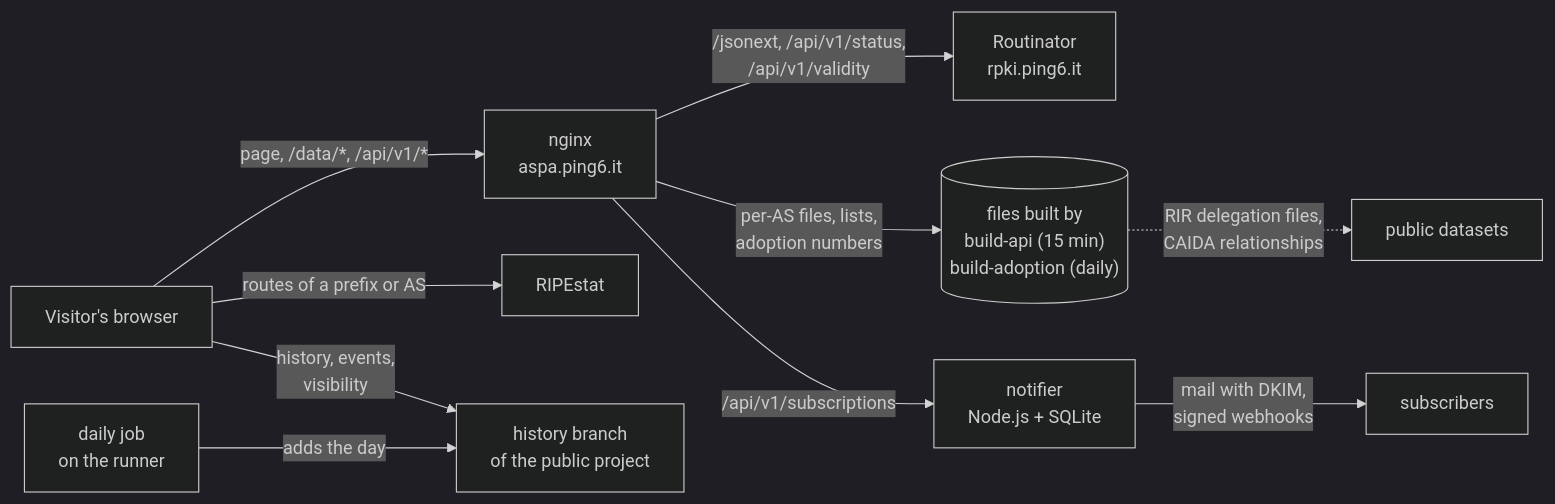
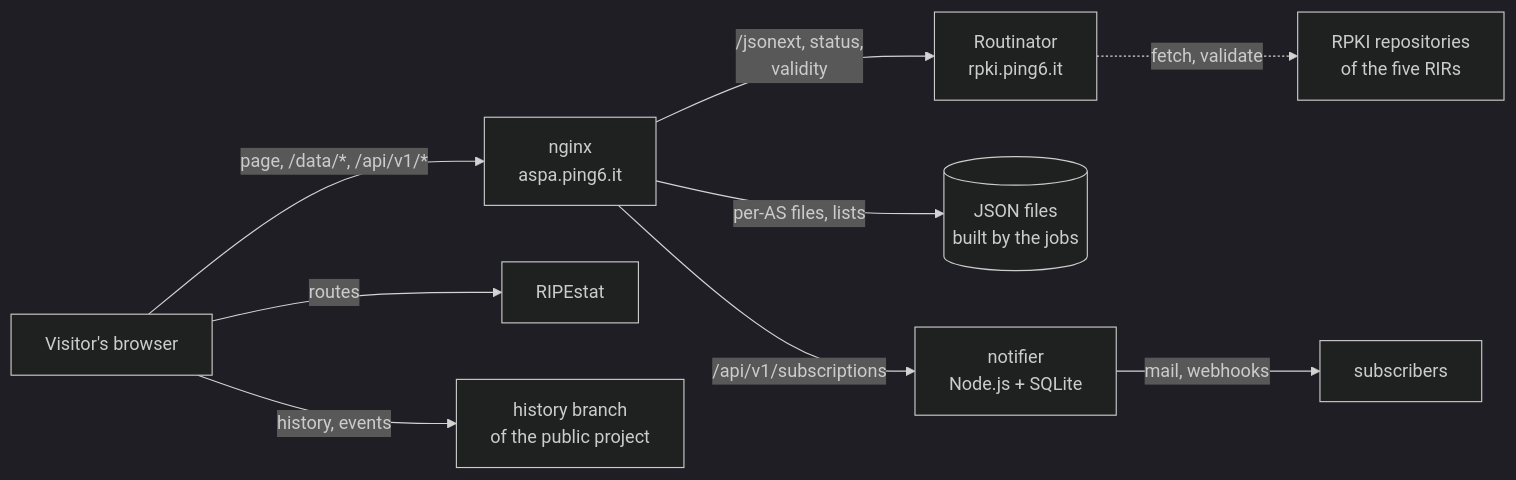
Before and after one commit to Antonio-Prado/aspa-explorer: the second of 2 diagrams in README.md, drawn with Mermaid (dark theme). The commit also changed other lines of this file, not shown here.

Commit message:
README: the architecture diagram links to the README and the wiki, the other diagrams are in the wiki

````diff
--- a/README.md
+++ b/README.md
@@ -201,12 +201,16 @@
 ```mermaid
 flowchart LR
     V["Visitor's browser"] -->|"page, /data/*, /api/v1/*"| N["nginx<br>aspa.ping6.it"]
-    N -->|"/jsonext, /api/v1/status,<br>/api/v1/validity"| R["Routinator<br>rpki.ping6.it"]
-    N -->|"per-AS files, lists,<br>adoption numbers"| F[("files built by<br>build-api (15 min)<br>build-adoption (daily)")]
+    N -->|"/jsonext, status,<br>validity"| R["Routinator<br>rpki.ping6.it"]
+    N -->|"per-AS files, lists"| F[("JSON files<br>built by the jobs")]
     N -->|"/api/v1/subscriptions"| S["notifier<br>Node.js + SQLite"]
-    S -->|"mail with DKIM,<br>signed webhooks"| U["subscribers"]
-    V -->|"routes of a prefix or AS"| P["RIPEstat"]
-    V -->|"history, events,<br>visibility"| H["history branch<br>of the public project"]
-    J["daily job<br>on the runner"] -->|"adds the day"| H
-    F -.->|"RIR delegation files,<br>CAIDA relationships"| X["public datasets"]
+    S -->|"mail, webhooks"| U["subscribers"]
+    R -.->|"fetch, validate"| T["RPKI repositories<br>of the five RIRs"]
+    V -->|"routes"| P["RIPEstat"]
+    V -->|"history, events"| H["history branch<br>of the public project"]
+    click V "https://gitlab.dei.unipd.it/Antonio-Prado/aspa-explorer#features"
+    click N "https://gitlab.dei.unipd.it/Antonio-Prado/aspa-explorer/-/wikis/Deployment#what-the-nginx-configuration-does"
+    click F "https://aspa.ping6.it/api.html"
+    click S "https://gitlab.dei.unipd.it/Antonio-Prado/aspa-explorer/-/wikis/Deployment#notifications-optional"
+    click H "https://gitlab.dei.unipd.it/Antonio-Prado/aspa-explorer/-/wikis/Deployment#rebuilding-the-history"
 ```
````
